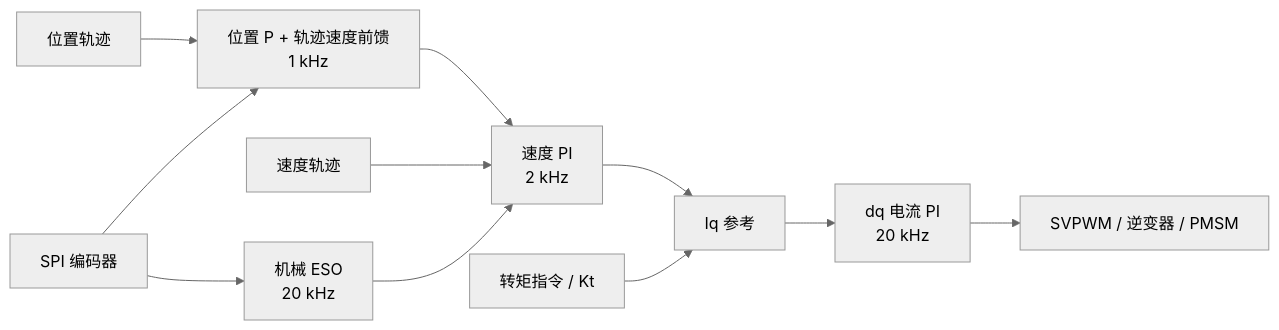
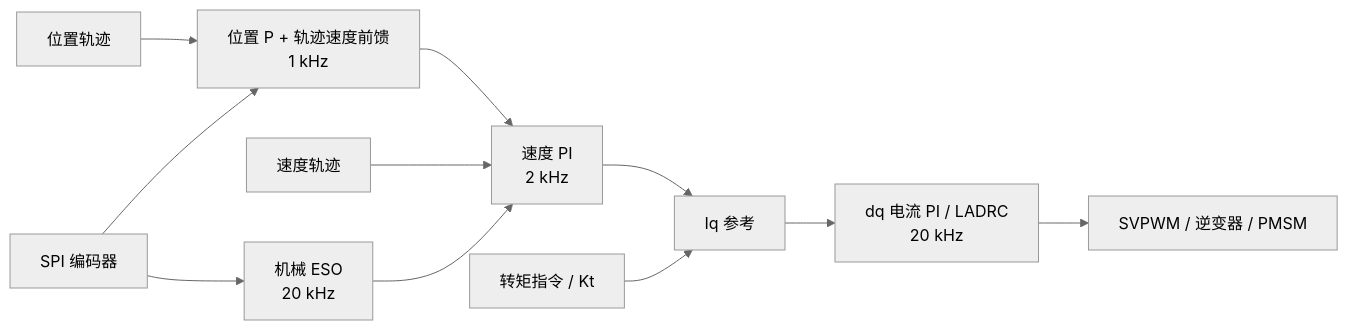
The diagram in README.md (BJKJKZHOU/AxDr_L_Motor), drawn with Mermaid (neutral theme) before and after one commit. The commit also changed other lines of this file and 22 other files, not shown here.

```diff
--- a/README.md
+++ b/README.md
@@ -24,13 +34,13 @@
 ~~~mermaid
 flowchart LR
     P["位置轨迹"] --> PC["位置 P + 轨迹速度前馈<br/>1 kHz"]
     E["SPI 编码器"] --> PC
     E --> ESO["机械 ESO<br/>20 kHz"]
     PC --> SC["速度 PI<br/>2 kHz"]
     S["速度轨迹"] --> SC
     ESO --> SC
     SC --> IQ["Iq 参考"]
     T["转矩指令 / Kt"] --> IQ
-    IQ --> CC["dq 电流 PI<br/>20 kHz"]
+    IQ --> CC["dq 电流 PI / LADRC<br/>20 kHz"]
     CC --> M["SVPWM / 逆变器 / PMSM"]
 ~~~
```
